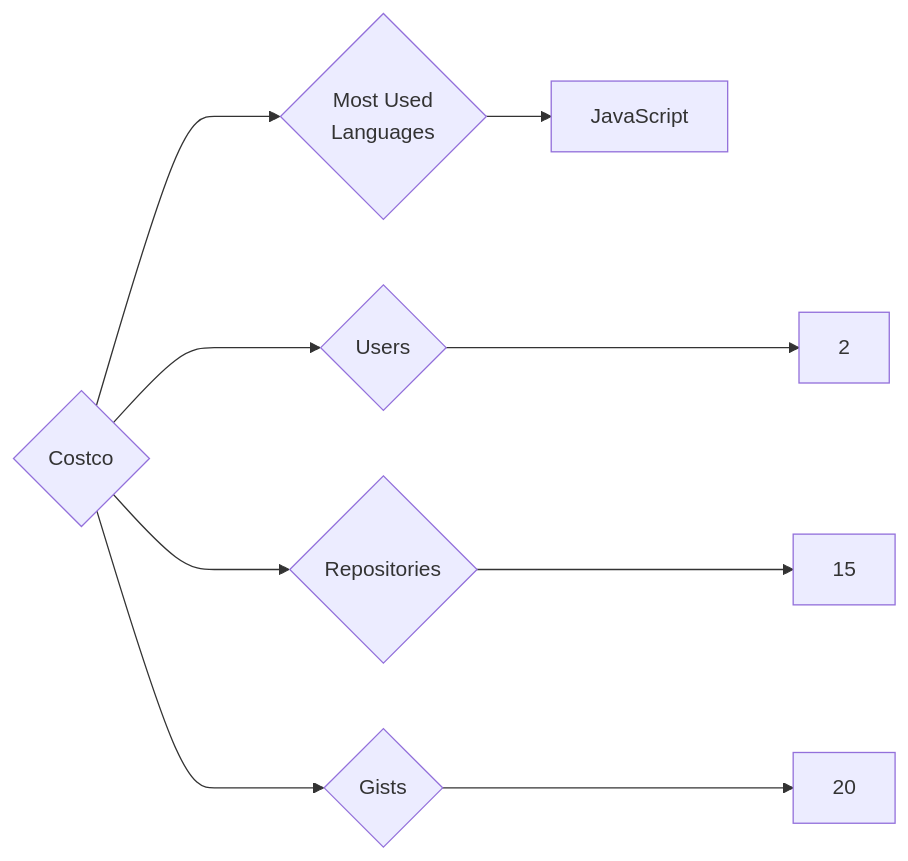
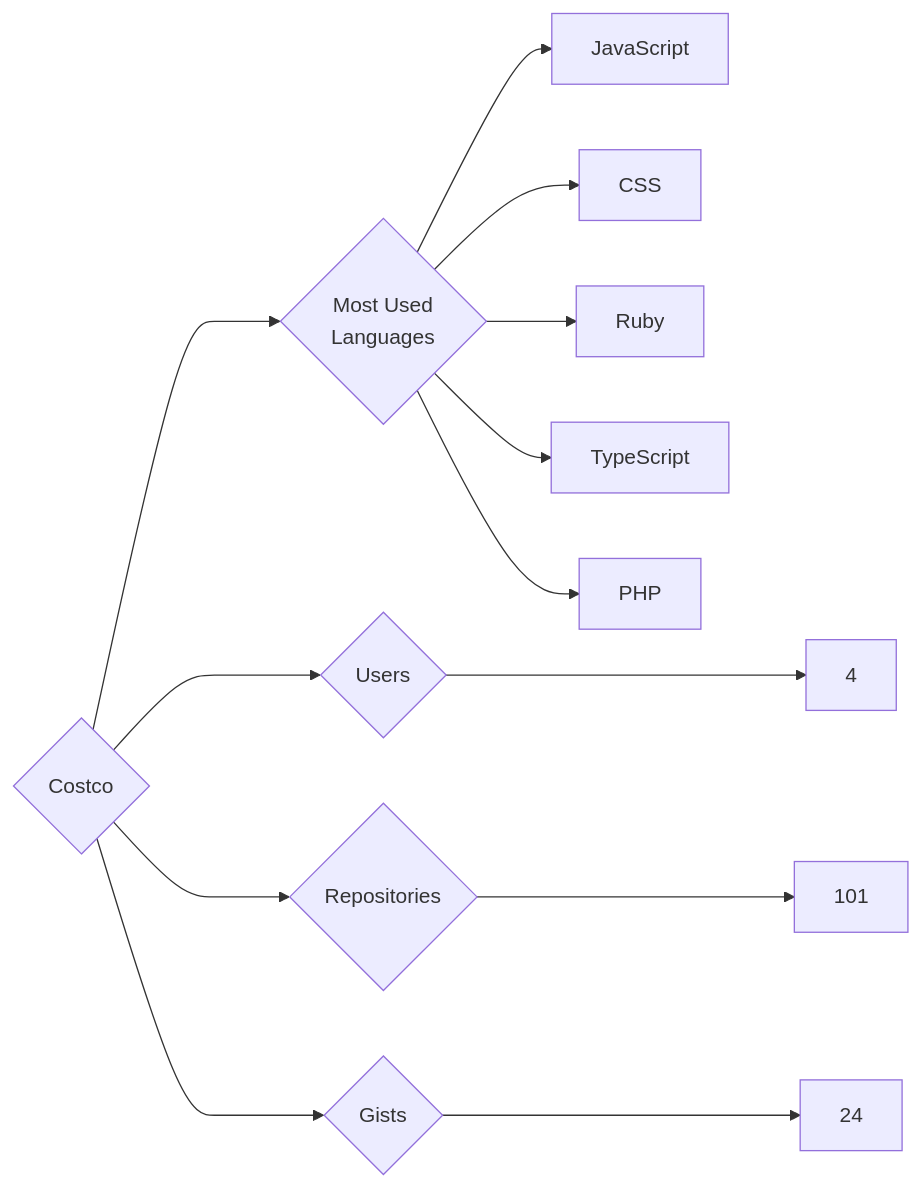
One commit to trickest/insiders changed the diagram in targets/Costco/README.md. Above: the diagram before and after it, drawn with Mermaid. The commit also changed 1003 other files, not shown here.

````diff
--- a/targets/Costco/README.md
+++ b/targets/Costco/README.md
@@ -3,9 +3,13 @@
 ```mermaid
 graph LR
 COMPANY_NAME{Costco}
-COMPANY_NAME ---> U{Users} ---> UN[2]
-COMPANY_NAME ---> R{Repositories} ---> RN[15]
-COMPANY_NAME ---> G{Gists} ---> GN[20]
+COMPANY_NAME ---> U{Users} ---> UN[4]
+COMPANY_NAME ---> R{Repositories} ---> RN[101]
+COMPANY_NAME ---> G{Gists} ---> GN[24]
 COMPANY_NAME ---> ML{Most Used<br>Languages}
 ML --> JavaScript[JavaScript]
+ML --> CSS[CSS]
+ML --> Ruby[Ruby]
+ML --> TypeScript[TypeScript]
+ML --> PHP[PHP]
 ```
````
